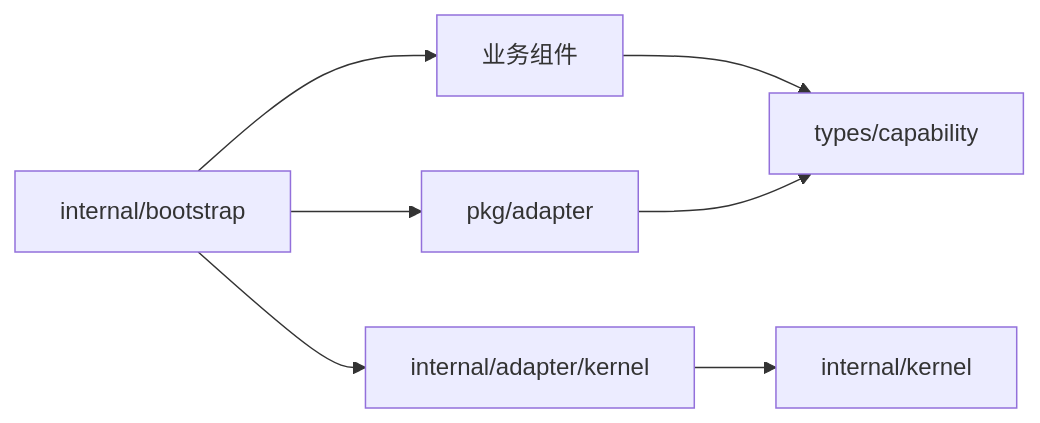
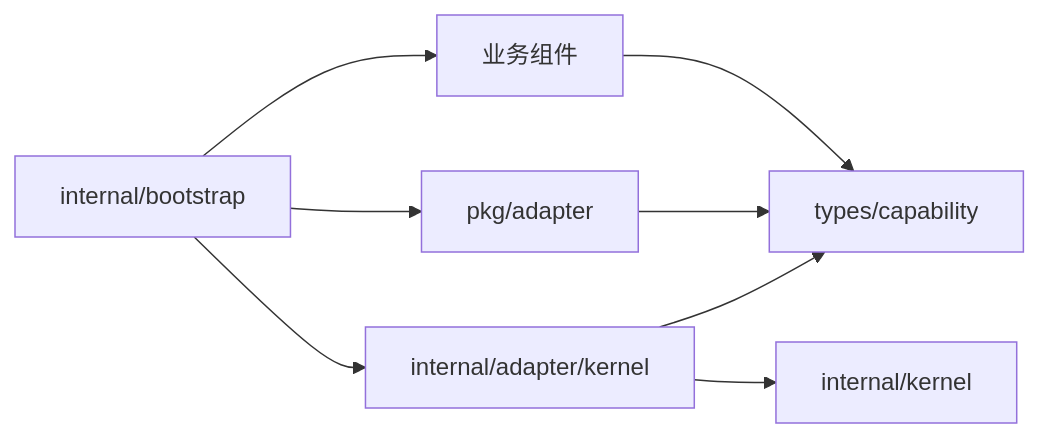
Before and after one commit to rin721/micro-go: the first of 2 diagrams in docs/concepts/architecture.md, drawn with Mermaid. The commit also changed other lines of this file and 105 other files, not shown here.

Commit message:
Refactor project architecture and documentation

````diff
--- a/docs/concepts/architecture.md
+++ b/docs/concepts/architecture.md
@@ -8,9 +8,10 @@
 ```mermaid
 flowchart LR
     B["业务组件"] --> C["types/capability"]
     A["pkg/adapter"] --> C
     R["internal/adapter/kernel"] --> K["internal/kernel"]
+    R --> C
     O["internal/bootstrap"] --> A
     O --> R
     O --> B
 ```
````
